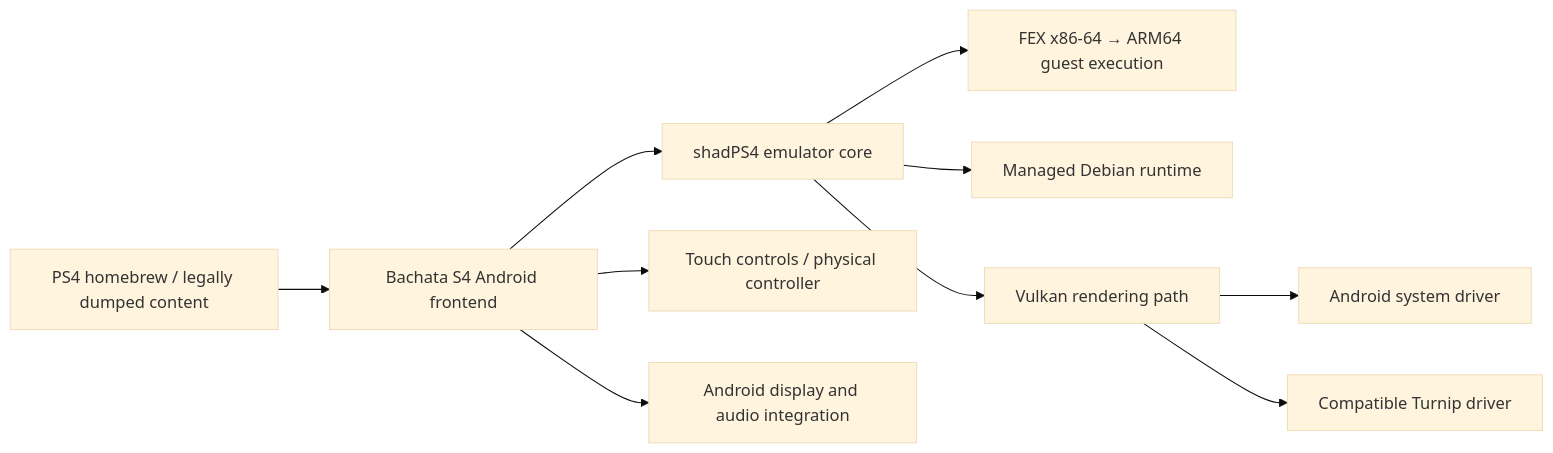
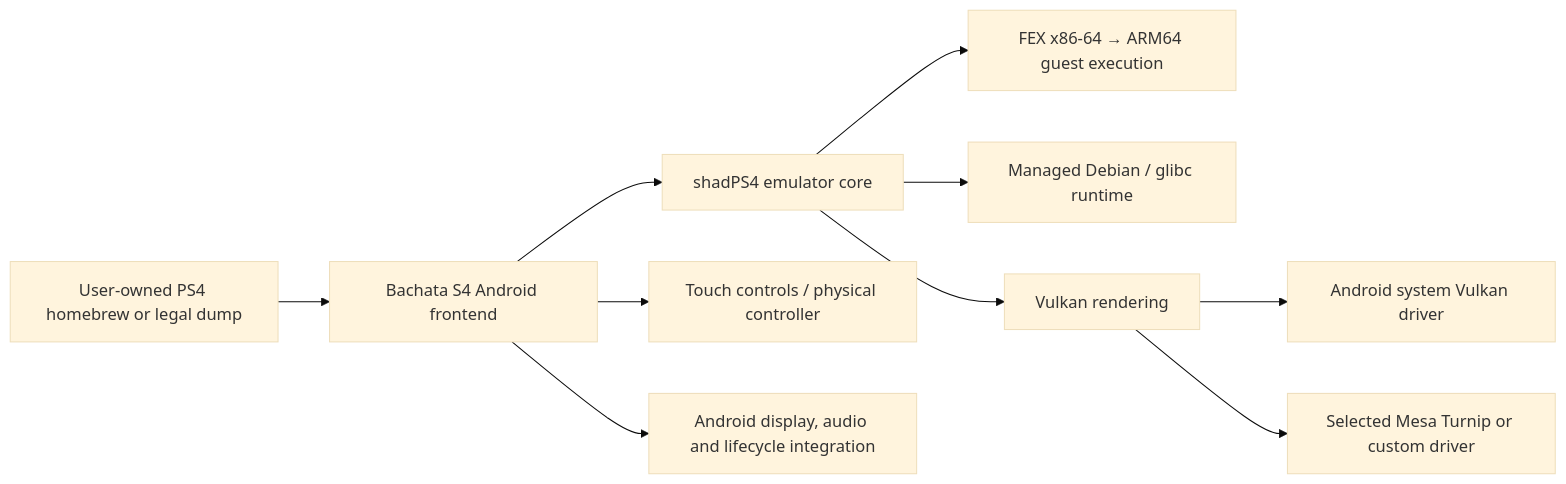
The diagram in README.md (diegolix29/shadPS4), drawn with Mermaid (base theme) before and after one commit. The commit also changed other lines of this file, not shown here.

````diff
--- a/README.md
+++ b/README.md
@@ -152,12 +142,12 @@
 ```mermaid
 flowchart LR
-    A["PS4 homebrew / legally dumped content"] --> B["Bachata S4 Android frontend"]
+    A["User-owned PS4 homebrew or legal dump"] --> B["Bachata S4 Android frontend"]
     B --> C["shadPS4 emulator core"]
     C --> D["FEX x86-64 → ARM64 guest execution"]
-    C --> E["Managed Debian runtime"]
-    C --> F["Vulkan rendering path"]
-    F --> G["Android system driver"]
-    F --> H["Compatible Turnip driver"]
+    C --> E["Managed Debian / glibc runtime"]
+    C --> F["Vulkan rendering"]
+    F --> G["Android system Vulkan driver"]
+    F --> H["Selected Mesa Turnip or custom driver"]
     B --> I["Touch controls / physical controller"]
-    B --> J["Android display and audio integration"]
+    B --> J["Android display, audio and lifecycle integration"]
 ```
````
